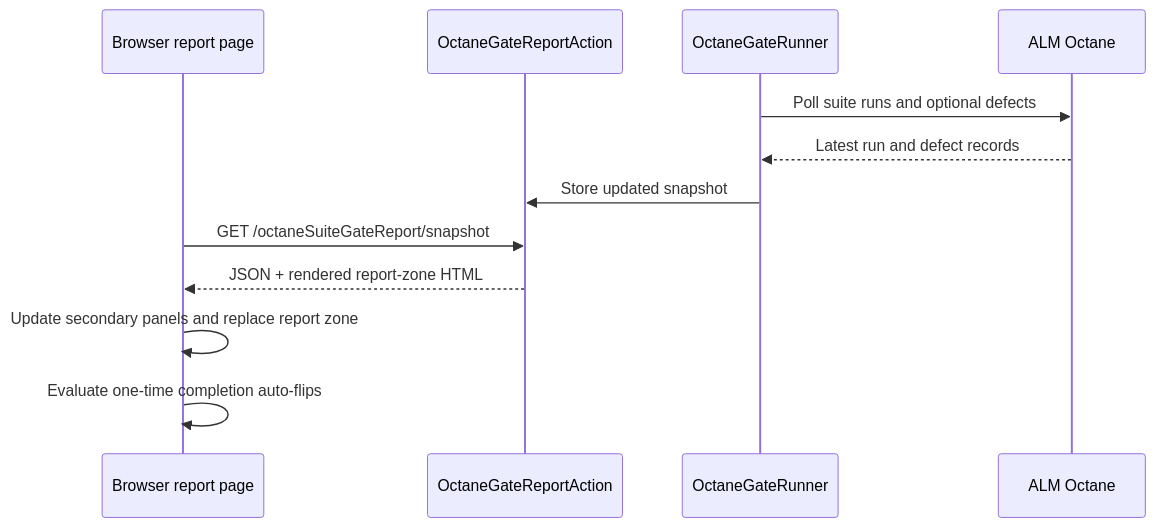
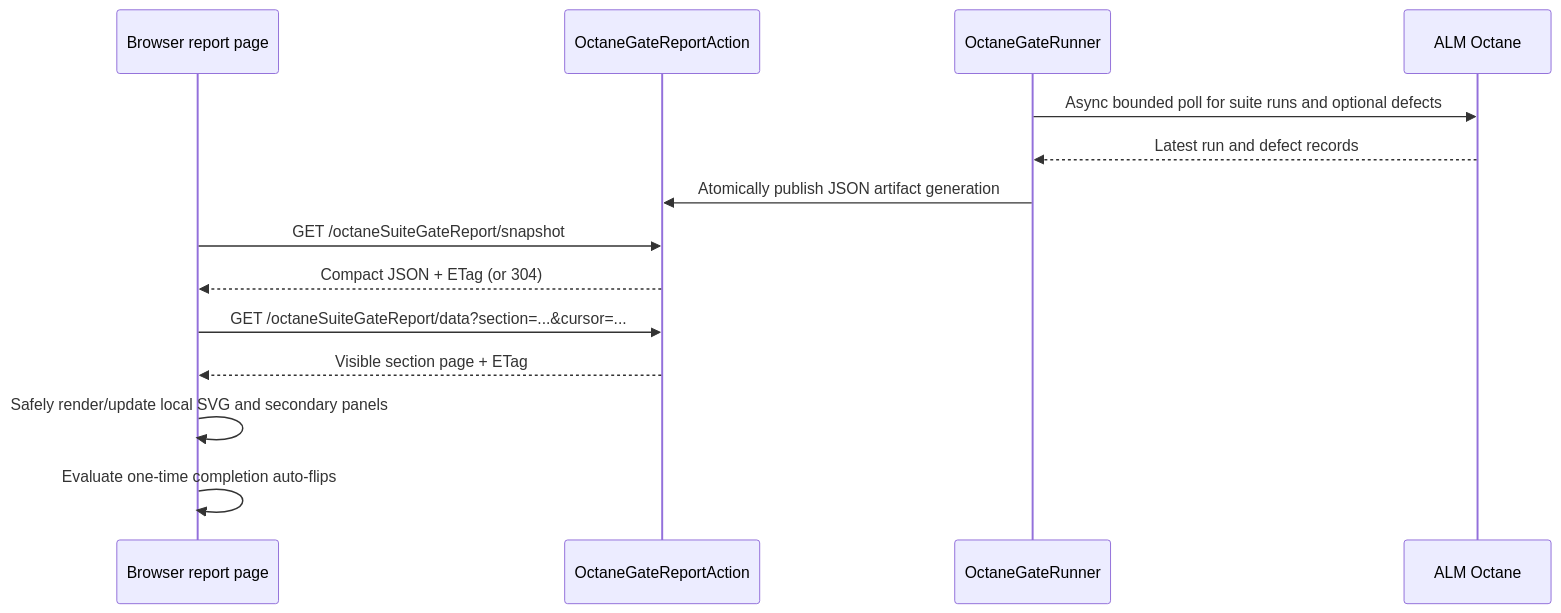
The third of 4 diagrams in ARCHITECTURE.md (Crustacean/octanePlugin), drawn with Mermaid before and after one commit. The commit also changed other lines of this file and 29 other files, not shown here.

Commit message:
Add scalable Octane polling and report delivery.

````diff
--- a/ARCHITECTURE.md
+++ b/ARCHITECTURE.md
@@ -313,15 +335,17 @@
 ```mermaid
 sequenceDiagram
   participant Browser as Browser report page
   participant Action as OctaneGateReportAction
   participant Runner as OctaneGateRunner
   participant Octane as ALM Octane
 
-  Runner->>Octane: Poll suite runs and optional defects
+  Runner->>Octane: Async bounded poll for suite runs and optional defects
   Octane-->>Runner: Latest run and defect records
-  Runner->>Action: Store updated snapshot
+  Runner->>Action: Atomically publish JSON artifact generation
   Browser->>Action: GET /octaneSuiteGateReport/snapshot
-  Action-->>Browser: JSON + rendered report-zone HTML
-  Browser->>Browser: Update secondary panels and replace report zone
+  Action-->>Browser: Compact JSON + ETag (or 304)
+  Browser->>Action: GET /octaneSuiteGateReport/data?section=...&cursor=...
+  Action-->>Browser: Visible section page + ETag
+  Browser->>Browser: Safely render/update local SVG and secondary panels
   Browser->>Browser: Evaluate one-time completion auto-flips
 ```
````
